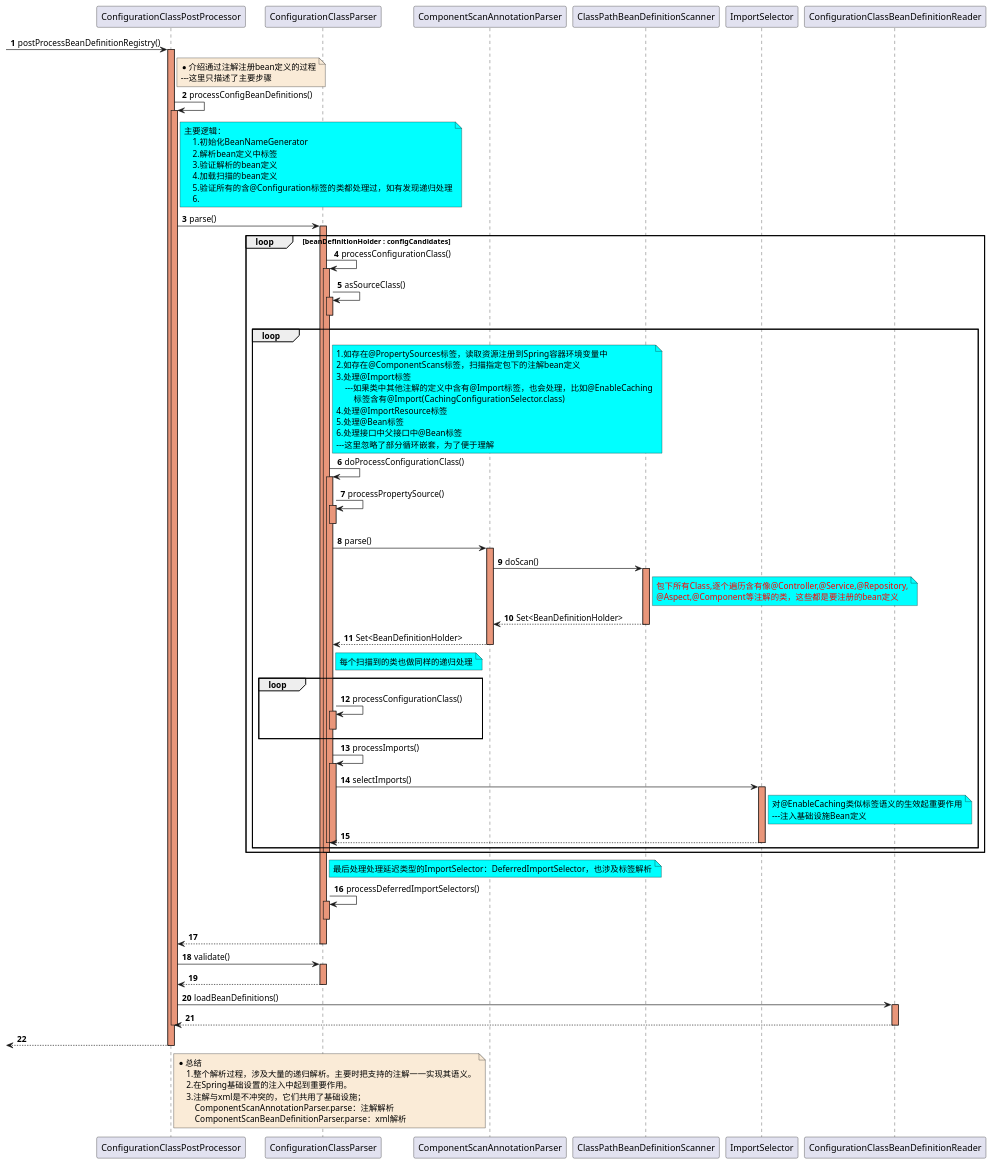
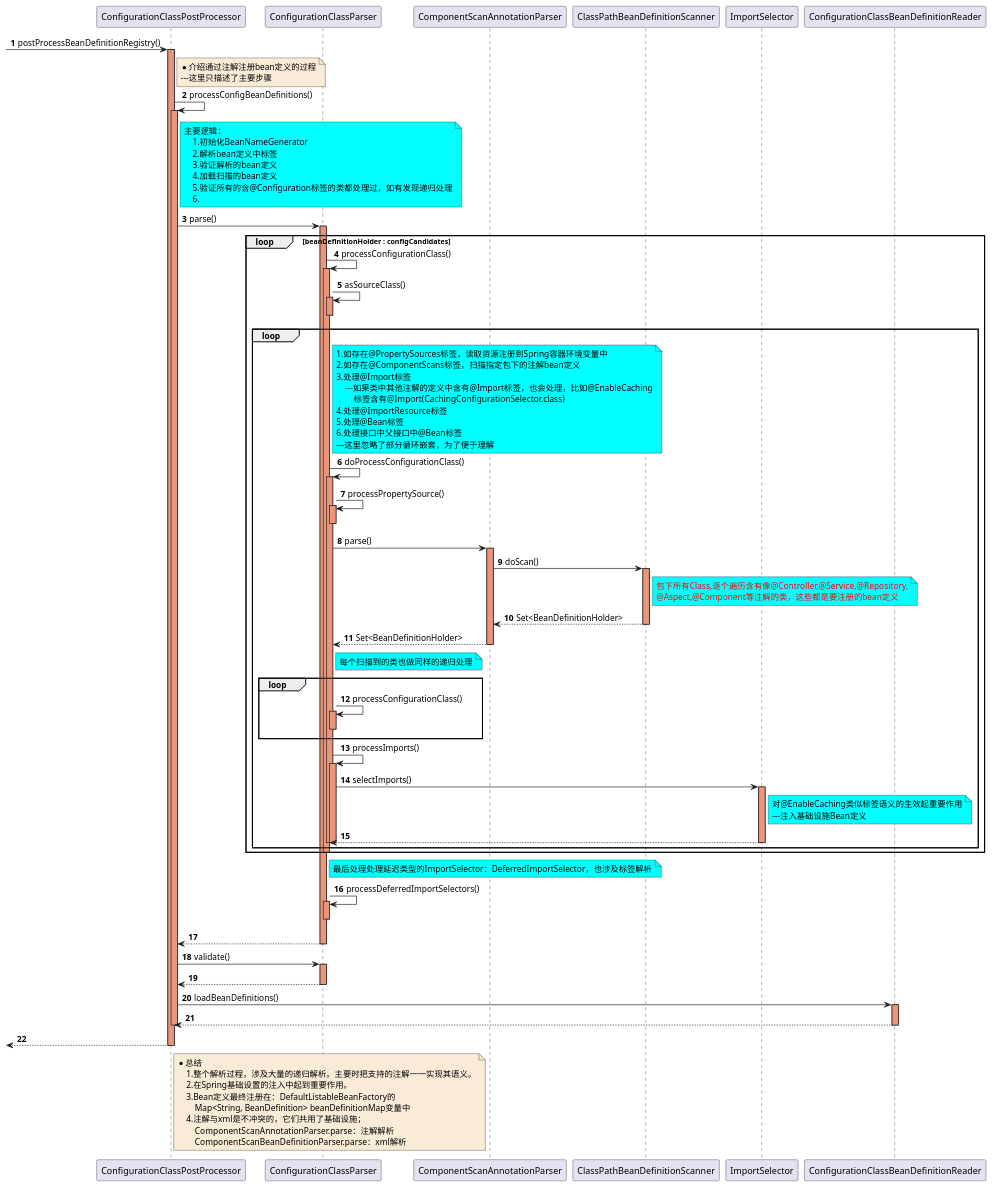
One commit to czwer/learn-spring-code changed the diagram in document/spring/base/sequence/BeanDefinition-Load-1-ByAnnotation-ConfigurationClassPostProcessor_postProcessBeanDefinitionRegistry-sequence.puml. Above: the diagram before and after it, drawn with PlantUML. The commit also changed 27 other files, not shown here.

Commit message:
1.添加Bean属性绑定的时序图 2.整理了BeanPostProcessor类图 3.添加了Bean相关的类图 4.添加了Bean整个架构的类图关系

```diff
--- a/document/spring/base/sequence/BeanDefinition-Load-1-ByAnnotation-ConfigurationClassPostProcessor_postProcessBeanDefinitionRegistry-sequence.puml
+++ b/document/spring/base/sequence/BeanDefinition-Load-1-ByAnnotation-ConfigurationClassPostProcessor_postProcessBeanDefinitionRegistry-sequence.puml
@@ -1,146 +1,148 @@
 @startuml
 
 autonumber
 
 -> ConfigurationClassPostProcessor: postProcessBeanDefinitionRegistry()
 activate ConfigurationClassPostProcessor #DarkSalmon
 
     note right of ConfigurationClassPostProcessor #FAEBD7
         *介绍通过注解注册bean定义的过程
         ---这里只描述了主要步骤
     end note
 
     ConfigurationClassPostProcessor -> ConfigurationClassPostProcessor : processConfigBeanDefinitions()
     activate ConfigurationClassPostProcessor #DarkSalmon
 
         note right of ConfigurationClassPostProcessor #aqua
             主要逻辑：
                 1.初始化BeanNameGenerator
                 2.解析bean定义中标签
                 3.验证解析的bean定义
                 4.加载扫描的bean定义
                 5.验证所有的含@Configuration标签的类都处理过，如有发现递归处理
                 6.
         end note
 
         ConfigurationClassPostProcessor -> ConfigurationClassParser: parse()
         activate ConfigurationClassParser #DarkSalmon
 
             loop beanDefinitionHolder : configCandidates
                 ConfigurationClassParser -> ConfigurationClassParser : processConfigurationClass()
                 activate ConfigurationClassParser #DarkSalmon
 
                     ConfigurationClassParser -> ConfigurationClassParser : asSourceClass()
                     activate ConfigurationClassParser #DarkSalmon
                     deactivate ConfigurationClassParser
 
                     loop
                         note right of ConfigurationClassParser #aqua
                             1.如存在@PropertySources标签，读取资源注册到Spring容器环境变量中
                             2.如存在@ComponentScans标签，扫描指定包下的注解bean定义
                             3.处理@Import标签
                                 ---如果类中其他注解的定义中含有@Import标签，也会处理，比如@EnableCaching
                                     标签含有@Import(CachingConfigurationSelector.class)
                             4.处理@ImportResource标签
                             5.处理@Bean标签
                             6.处理接口中父接口中@Bean标签
                             ---这里忽略了部分循环嵌套，为了便于理解
                         end note
 
                         ConfigurationClassParser -> ConfigurationClassParser : doProcessConfigurationClass()
                         activate ConfigurationClassParser #DarkSalmon
 
                             ConfigurationClassParser -> ConfigurationClassParser : processPropertySource()
                             activate ConfigurationClassParser #DarkSalmon
                             deactivate ConfigurationClassParser
 
 
                             ConfigurationClassParser -> ComponentScanAnnotationParser: parse()
                             activate ComponentScanAnnotationParser #DarkSalmon
 
                                 ComponentScanAnnotationParser -> ClassPathBeanDefinitionScanner: doScan()
                                 activate ClassPathBeanDefinitionScanner #DarkSalmon
                                     note right of ClassPathBeanDefinitionScanner #aqua
                                         <font color=red>包下所有Class,逐个遍历含有像@Controller,@Service,@Repository,</font>
                                         <font color=red>@Aspect,@Component等注解的类，这些都是要注册的bean定义</font>
                                     end note
                                 ClassPathBeanDefinitionScanner --> ComponentScanAnnotationParser : Set<BeanDefinitionHolder>
                                 deactivate ClassPathBeanDefinitionScanner
 
                             ComponentScanAnnotationParser --> ConfigurationClassParser : Set<BeanDefinitionHolder>
                             deactivate ComponentScanAnnotationParser
 
                             note right of ConfigurationClassParser #aqua
                                 每个扫描到的类也做同样的递归处理
                             end note
                             loop
                                 ConfigurationClassParser -> ConfigurationClassParser : processConfigurationClass()
                                 activate ConfigurationClassParser #DarkSalmon
 
                                 deactivate ConfigurationClassParser
                             end
 
                             ConfigurationClassParser -> ConfigurationClassParser : processImports()
                             activate ConfigurationClassParser #DarkSalmon
 
                                 ConfigurationClassParser -> ImportSelector : selectImports()
                                 activate ImportSelector #DarkSalmon
                                     note right of ImportSelector #aqua
                                         对@EnableCaching类似标签语义的生效起重要作用
                                         ---注入基础设施Bean定义
                                     end note
                                 ImportSelector --> ConfigurationClassParser
                                 deactivate ImportSelector
 
 
                             deactivate ConfigurationClassParser
 
 
                         deactivate ConfigurationClassParser
                     end
 
                 deactivate ConfigurationClassParser
             end
 
             note right of ConfigurationClassParser #aqua
                 最后处理处理延迟类型的ImportSelector：DeferredImportSelector，也涉及标签解析
             end note
             ConfigurationClassParser -> ConfigurationClassParser : processDeferredImportSelectors()
             activate ConfigurationClassParser #DarkSalmon
             deactivate ConfigurationClassParser
 
         ConfigurationClassParser --> ConfigurationClassPostProcessor
         deactivate ConfigurationClassParser
 
         ConfigurationClassPostProcessor -> ConfigurationClassParser: validate()
         activate ConfigurationClassParser #DarkSalmon
         ConfigurationClassParser --> ConfigurationClassPostProcessor
         deactivate ConfigurationClassParser
 
         ConfigurationClassPostProcessor -> ConfigurationClassBeanDefinitionReader: loadBeanDefinitions()
         activate ConfigurationClassBeanDefinitionReader #DarkSalmon
         ConfigurationClassBeanDefinitionReader --> ConfigurationClassPostProcessor
         deactivate ConfigurationClassBeanDefinitionReader
 
 
     deactivate ConfigurationClassPostProcessor
 
 
 
 
 
 
 
 <-- ConfigurationClassPostProcessor
 deactivate ConfigurationClassPostProcessor
 
 note right of ConfigurationClassPostProcessor #FAEBD7
 *总结
     1.整个解析过程，涉及大量的递归解析。主要时把支持的注解一一实现其语义。
     2.在Spring基础设置的注入中起到重要作用。
-    3.注解与xml是不冲突的，它们共用了基础设施；
+    3.Bean定义最终注册在：DefaultListableBeanFactory的
+        Map<String, BeanDefinition> beanDefinitionMap变量中
+    4.注解与xml是不冲突的，它们共用了基础设施；
         ComponentScanAnnotationParser.parse：注解解析
         ComponentScanBeanDefinitionParser.parse：xml解析
 end note
 
 @enduml
```
